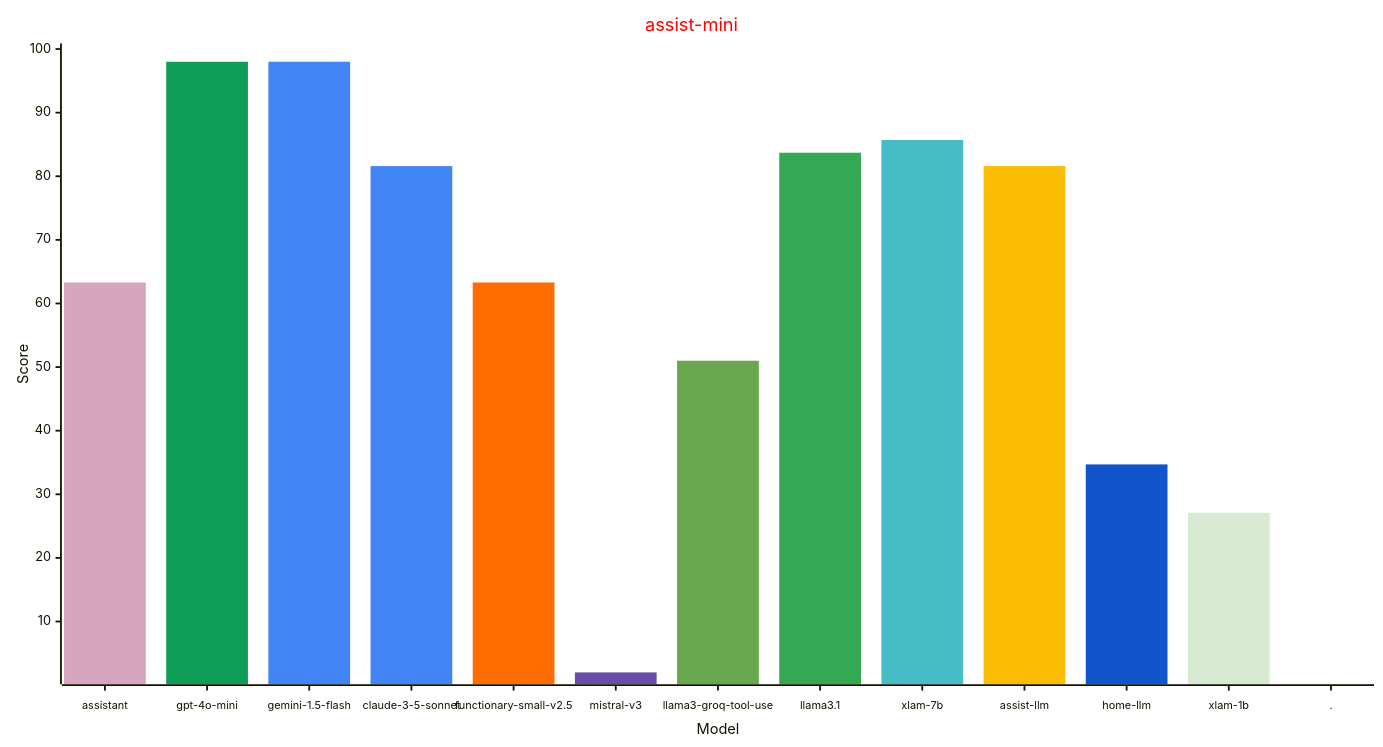
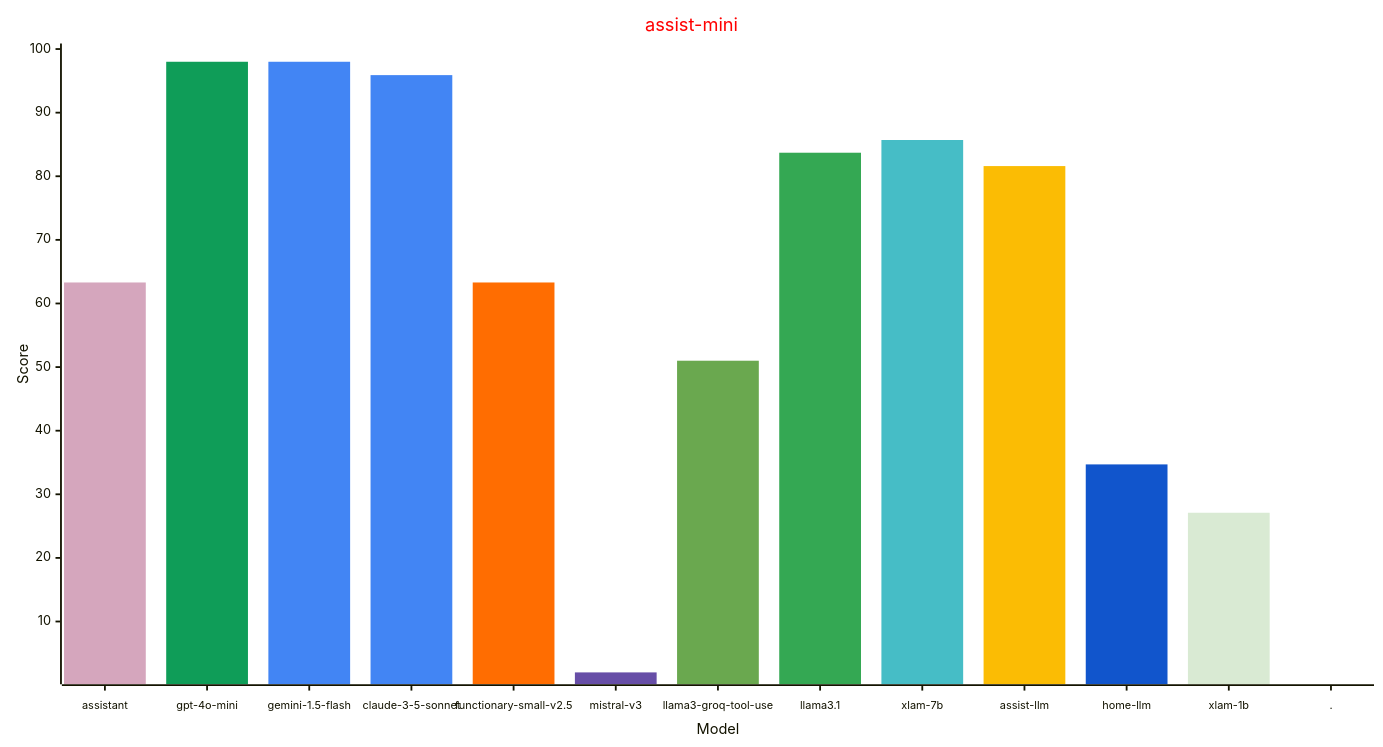
The second of 3 diagrams in reports/README.md (allenporter/home-assistant-datasets), drawn with Mermaid before and after one commit. The commit also changed other lines of this file and 14 other files, not shown here.

````diff
--- a/reports/README.md
+++ b/reports/README.md
@@ -87,33 +87,33 @@
 ```mermaid
 ---
 config:
     xyChart:
         width: 1500
         height: 800
         xAxis:
           labelFontSize: 12
           labelPadding: 8
     themeVariables:
         xyChart:
             titleColor: "#ff0000"
             plotColorPalette: "#d5a6bd, #0f9d58, #4285f4, #4285f4, #ff6d01, #674ea7, #6aa84f, #34a853, #46bdc6, #fbbc04, #1155cc, #d9ead3, #4285f4"
 
 ---
 xychart-beta
   title "assist-mini"
   x-axis "Model" [assistant, gpt-4o-mini, gemini-1.5-flash, claude-3-5-sonnet, functionary-small-v2.5, mistral-v3, llama3-groq-tool-use, llama3.1, xlam-7b, assist-llm, home-llm, xlam-1b, .]
   y-axis "Score" 1 --> 100
   bar [63.3, 0.0, 0.0, 0.0, 0.0, 0.0, 0.0, 0.0, 0.0, 0.0, 0.0, 0.0, 0.0]
   bar [0.0, 98.0, 0.0, 0.0, 0.0, 0.0, 0.0, 0.0, 0.0, 0.0, 0.0, 0.0, 0.0]
   bar [0.0, 0.0, 98.0, 0.0, 0.0, 0.0, 0.0, 0.0, 0.0, 0.0, 0.0, 0.0, 0.0]
-  bar [0.0, 0.0, 0.0, 81.6, 0.0, 0.0, 0.0, 0.0, 0.0, 0.0, 0.0, 0.0, 0.0]
+  bar [0.0, 0.0, 0.0, 95.9, 0.0, 0.0, 0.0, 0.0, 0.0, 0.0, 0.0, 0.0, 0.0]
   bar [0.0, 0.0, 0.0, 0.0, 63.3, 0.0, 0.0, 0.0, 0.0, 0.0, 0.0, 0.0, 0.0]
   bar [0.0, 0.0, 0.0, 0.0, 0.0, 2.0, 0.0, 0.0, 0.0, 0.0, 0.0, 0.0, 0.0]
   bar [0.0, 0.0, 0.0, 0.0, 0.0, 0.0, 51.0, 0.0, 0.0, 0.0, 0.0, 0.0, 0.0]
   bar [0.0, 0.0, 0.0, 0.0, 0.0, 0.0, 0.0, 83.7, 0.0, 0.0, 0.0, 0.0, 0.0]
   bar [0.0, 0.0, 0.0, 0.0, 0.0, 0.0, 0.0, 0.0, 85.7, 0.0, 0.0, 0.0, 0.0]
   bar [0.0, 0.0, 0.0, 0.0, 0.0, 0.0, 0.0, 0.0, 0.0, 81.6, 0.0, 0.0, 0.0]
   bar [0.0, 0.0, 0.0, 0.0, 0.0, 0.0, 0.0, 0.0, 0.0, 0.0, 34.7, 0.0, 0.0]
   bar [0.0, 0.0, 0.0, 0.0, 0.0, 0.0, 0.0, 0.0, 0.0, 0.0, 0.0, 27.1, 0.0]
   bar [0.0, 0.0, 0.0, 0.0, 0.0, 0.0, 0.0, 0.0, 0.0, 0.0, 0.0, 0.0, -1.0]
 ```
````
